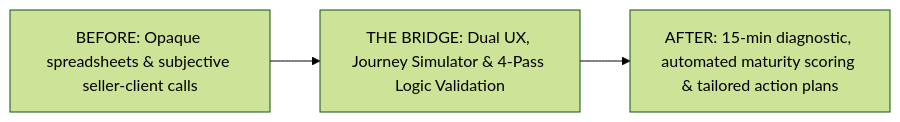
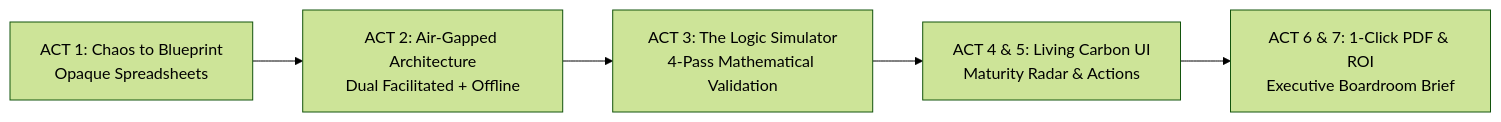
One commit to kyle-tran-quang/mas-case-study changed the diagram in case-study-mgrat.md. Above: the diagram before and after it, drawn with Mermaid (forest theme). The commit also changed other lines of this file, not shown here.

````diff
--- a/case-study-mgrat.md
+++ b/case-study-mgrat.md
@@ -17,5 +16,7 @@
 ```mermaid
 flowchart LR
-    A[BEFORE: Opaque spreadsheets & subjective seller-client calls] --> B[THE BRIDGE: Dual UX, Journey Simulator & 4-Pass Logic Validation]
-    B --> C[AFTER: 15-min diagnostic, automated maturity scoring & tailored action plans]
+    A[ACT 1: Chaos to Blueprint<br/>Opaque Spreadsheets] --> B[ACT 2: Air-Gapped Architecture<br/>Dual Facilitated + Offline]
+    B --> C[ACT 3: The Logic Simulator<br/>4-Pass Mathematical Validation]
+    C --> D[ACT 4 & 5: Living Carbon UI<br/>Maturity Radar & Actions]
+    D --> E[ACT 6 & 7: 1-Click PDF & ROI<br/>Executive Boardroom Brief]
 ```
````
